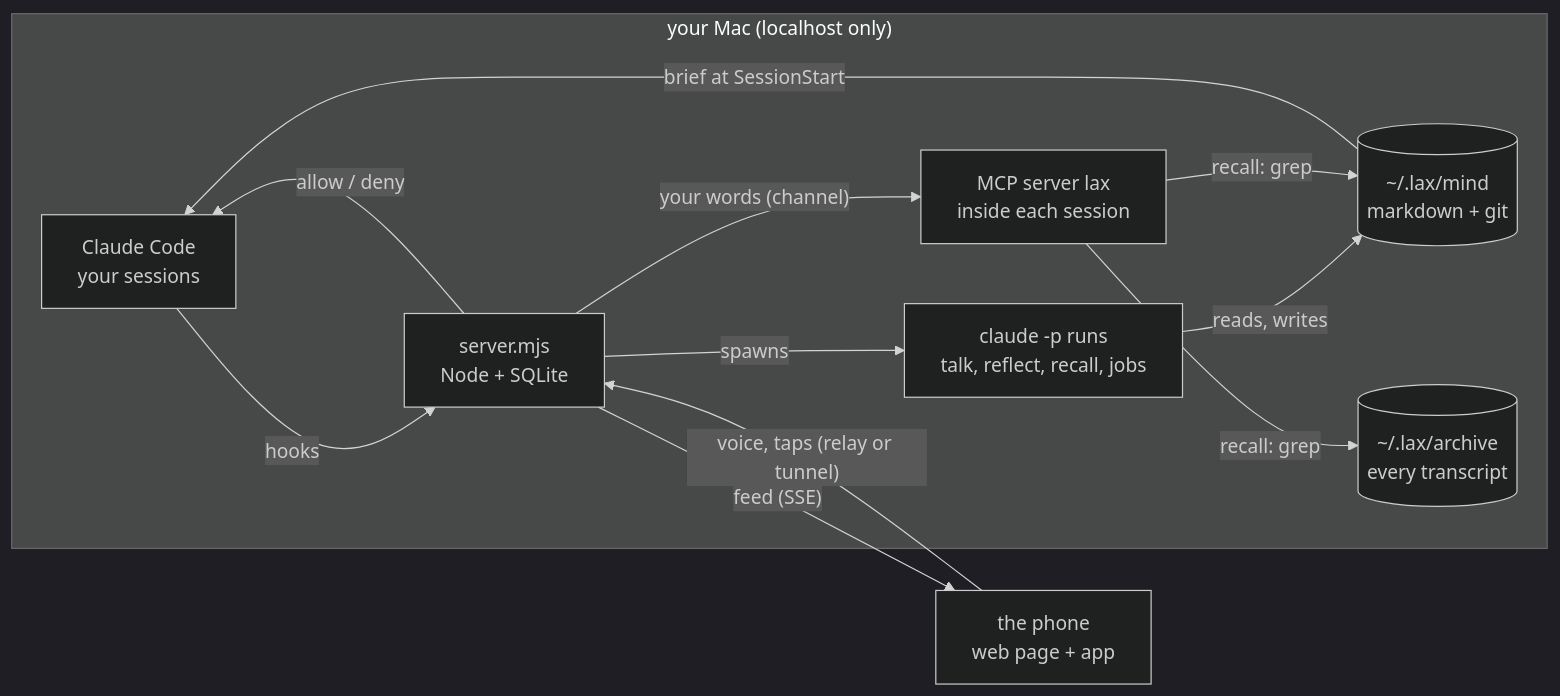
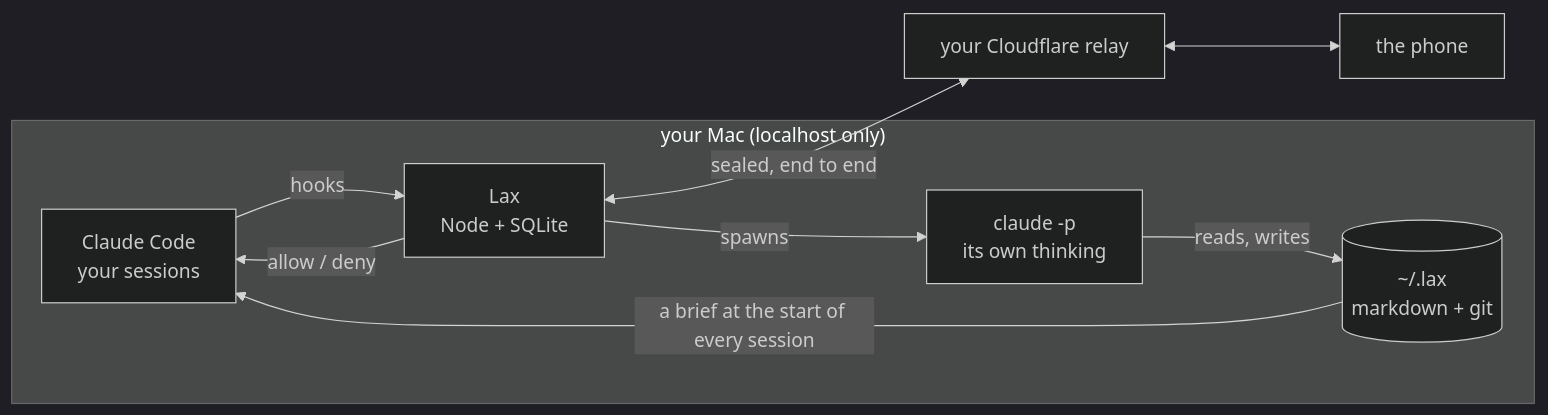
Before and after one commit to diogodebastos/lax: the diagram in README.md, drawn with Mermaid (dark theme). The commit also changed other lines of this file and 13 other files, not shown here.

````diff
--- a/README.md
+++ b/README.md
@@ -54,23 +47,19 @@
 ```mermaid
 flowchart LR
   subgraph mac["your Mac (localhost only)"]
     cc["Claude Code<br/>your sessions"]
-    srv["server.mjs<br/>Node + SQLite"]
-    runs["claude -p runs<br/>talk, reflect, recall, jobs"]
-    mcp["MCP server lax<br/>inside each session"]
-    mind[("~/.lax/mind<br/>markdown + git")]
-    arch[("~/.lax/archive<br/>every transcript")]
+    srv["Lax<br/>Node + SQLite"]
+    runs["claude -p<br/>its own thinking"]
+    mind[("~/.lax<br/>markdown + git")]
   end
-  phone["the phone<br/>web page + app"]
+  phone["the phone"]
+  relay["your Cloudflare relay"]
 
   cc -- hooks --> srv
-  srv -- allow / deny --> cc
-  srv -- "feed (SSE)" --> phone
-  phone -- "voice, taps (relay or tunnel)" --> srv
+  srv -- "allow / deny" --> cc
+  srv <-- "sealed, end to end" --> relay
+  relay <--> phone
   srv -- spawns --> runs
-  srv -- "your words (channel)" --> mcp
   runs -- "reads, writes" --> mind
-  mcp -- "recall: grep" --> mind
-  mcp -- "recall: grep" --> arch
-  mind -- "brief at SessionStart" --> cc
+  mind -- "a brief at the start of every session" --> cc
 ```
````
